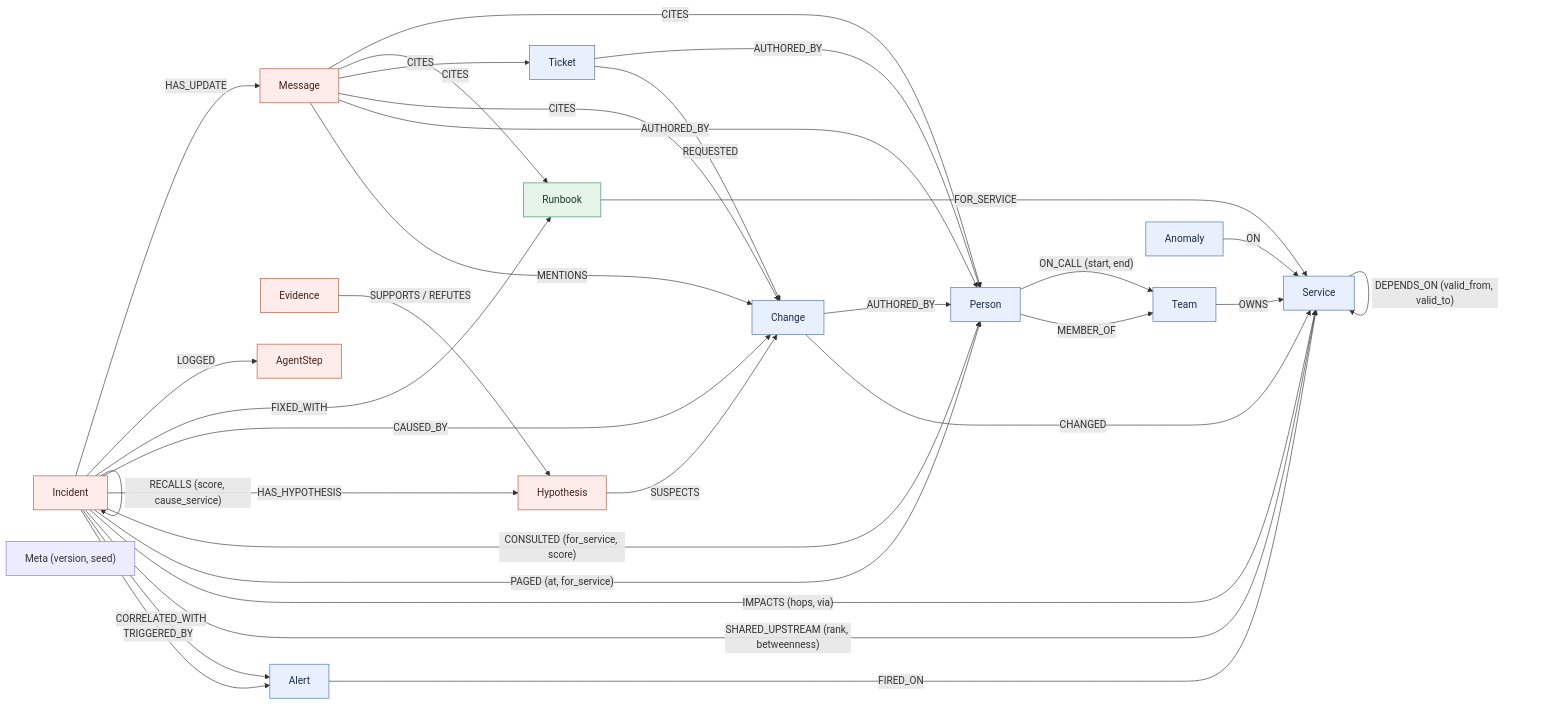
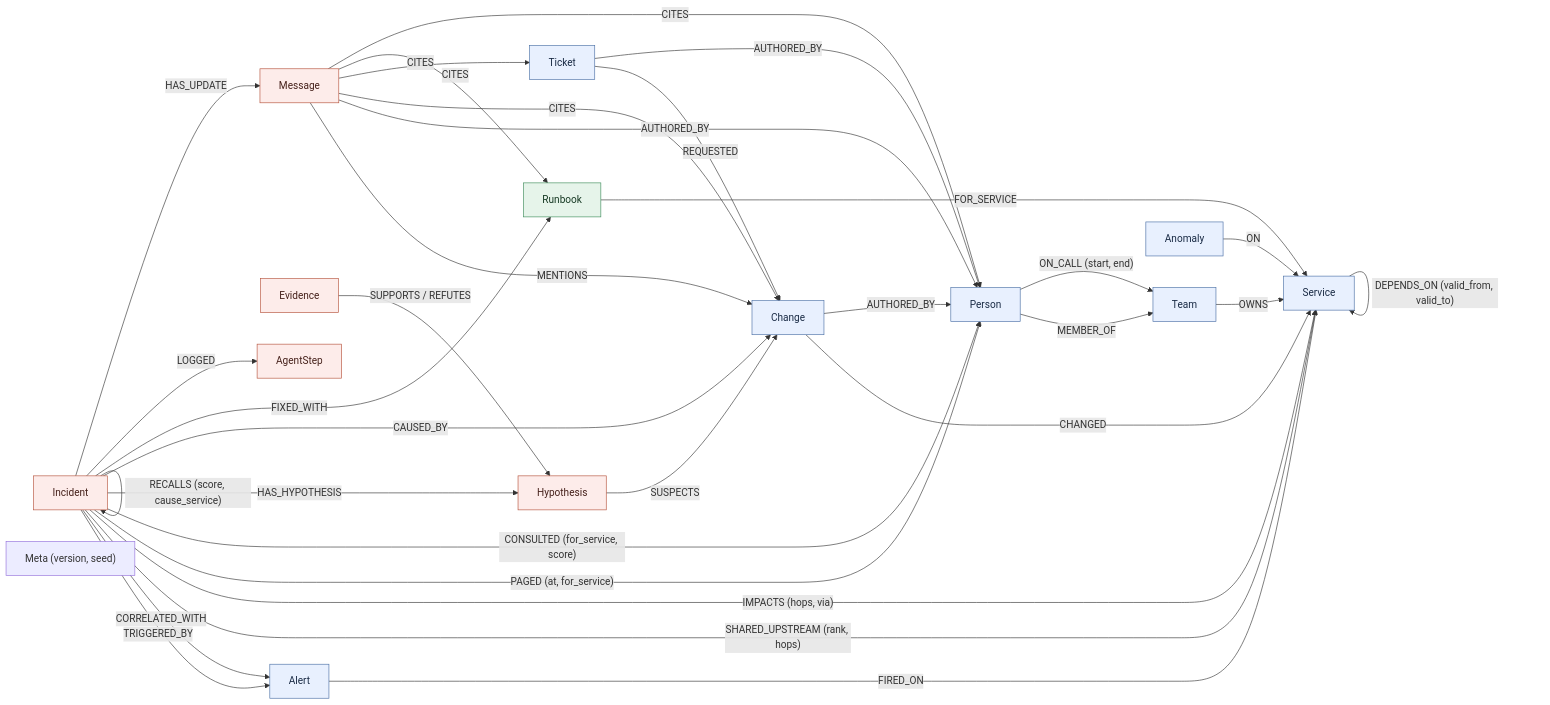
One commit to harz05/oncall-brain changed the diagram in docs/DATA_MODEL.md. Above: the diagram before and after it, drawn with Mermaid. The commit also changed other lines of this file and 9 other files, not shown here.

````diff
--- a/docs/DATA_MODEL.md
+++ b/docs/DATA_MODEL.md
@@ -19,42 +19,42 @@
 ```mermaid
 flowchart LR
   Person -->|MEMBER_OF| Team
   Person -->|"ON_CALL (start, end)"| Team
   Team -->|OWNS| Service
   Service -->|"DEPENDS_ON (valid_from, valid_to)"| Service
   Change -->|CHANGED| Service
   Change -->|AUTHORED_BY| Person
   Ticket -->|REQUESTED| Change
   Ticket -->|AUTHORED_BY| Person
   Message -->|MENTIONS| Change
   Message -->|AUTHORED_BY| Person
   Alert -->|FIRED_ON| Service
   Anomaly -->|ON| Service
   Incident -->|TRIGGERED_BY| Alert
   Incident -->|CORRELATED_WITH| Alert
-  Incident -->|"SHARED_UPSTREAM (rank, betweenness)"| Service
+  Incident -->|"SHARED_UPSTREAM (rank, hops)"| Service
   Incident -->|"IMPACTS (hops, via)"| Service
   Incident -->|"PAGED (at, for_service)"| Person
   Incident -->|"CONSULTED (for_service, score)"| Person
   Incident -->|HAS_HYPOTHESIS| Hypothesis
   Hypothesis -->|SUSPECTS| Change
   Evidence -->|"SUPPORTS / REFUTES"| Hypothesis
   Incident -->|"RECALLS (score, cause_service)"| Incident
   Incident -->|CAUSED_BY| Change
   Incident -->|FIXED_WITH| Runbook
   Runbook -->|FOR_SERVICE| Service
   Incident -->|LOGGED| AgentStep
   Incident -->|HAS_UPDATE| Message
   Message -->|CITES| Change
   Message -->|CITES| Ticket
   Message -->|CITES| Runbook
   Message -->|CITES| Person
   Meta["Meta (version, seed)"]
 
   classDef semantic fill:#e8f0fe,stroke:#4a6fa5,color:#1a2b45
   classDef episodic fill:#fdecea,stroke:#b5523b,color:#45201a
   classDef procedural fill:#e6f4ea,stroke:#3d8b5a,color:#173a24
   class Team,Person,Service,Change,Ticket,Alert,Anomaly semantic
   class Incident,Hypothesis,Evidence,AgentStep,Message episodic
   class Runbook procedural
 ```
````
